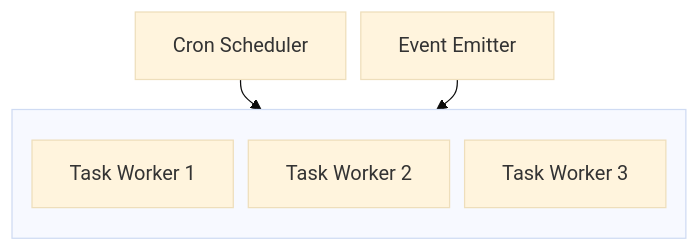
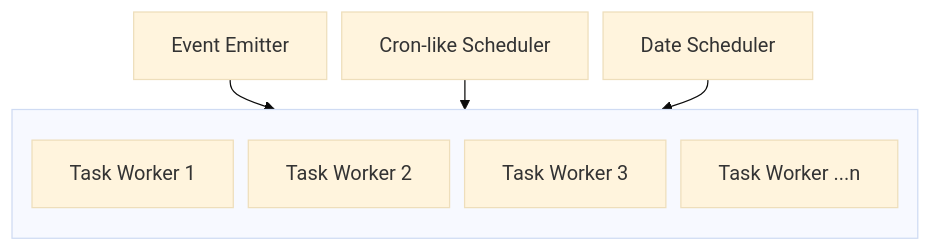
The first of 2 diagrams in readme.md (xlsft/worker), drawn with Mermaid (base theme) before and after one commit. The commit also changed other lines of this file and 4 other files, not shown here.

````diff
--- a/readme.md
+++ b/readme.md
@@ -162,13 +169,15 @@
 ```mermaid
 %%{init: {'flowchart': {'nodeSpacing': 12,'rankSpacing':24}}}%%
 flowchart TD
-    Cron[Cron Scheduler] --> TW[Task Workers]
     Event[Event Emitter] --> TW
+    Cron[Cron-like Scheduler] --> TW[Task Workers]
+    Date[Date Scheduler] --> TW
 
     subgraph TW[ ]
         direction BT
         TW1[Task Worker 1]
         TW2[Task Worker 2]
         TW3[Task Worker 3]
+        TW4[Task Worker ...n]
     end
 ```
````
